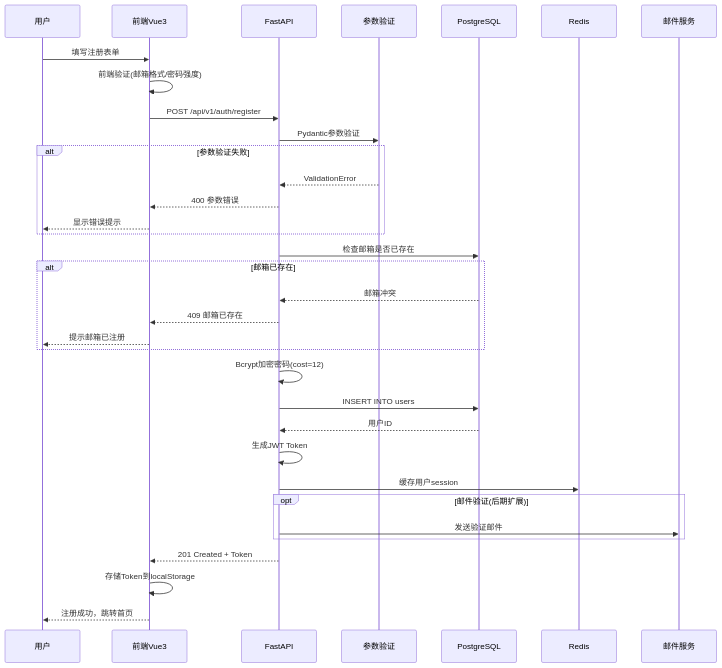
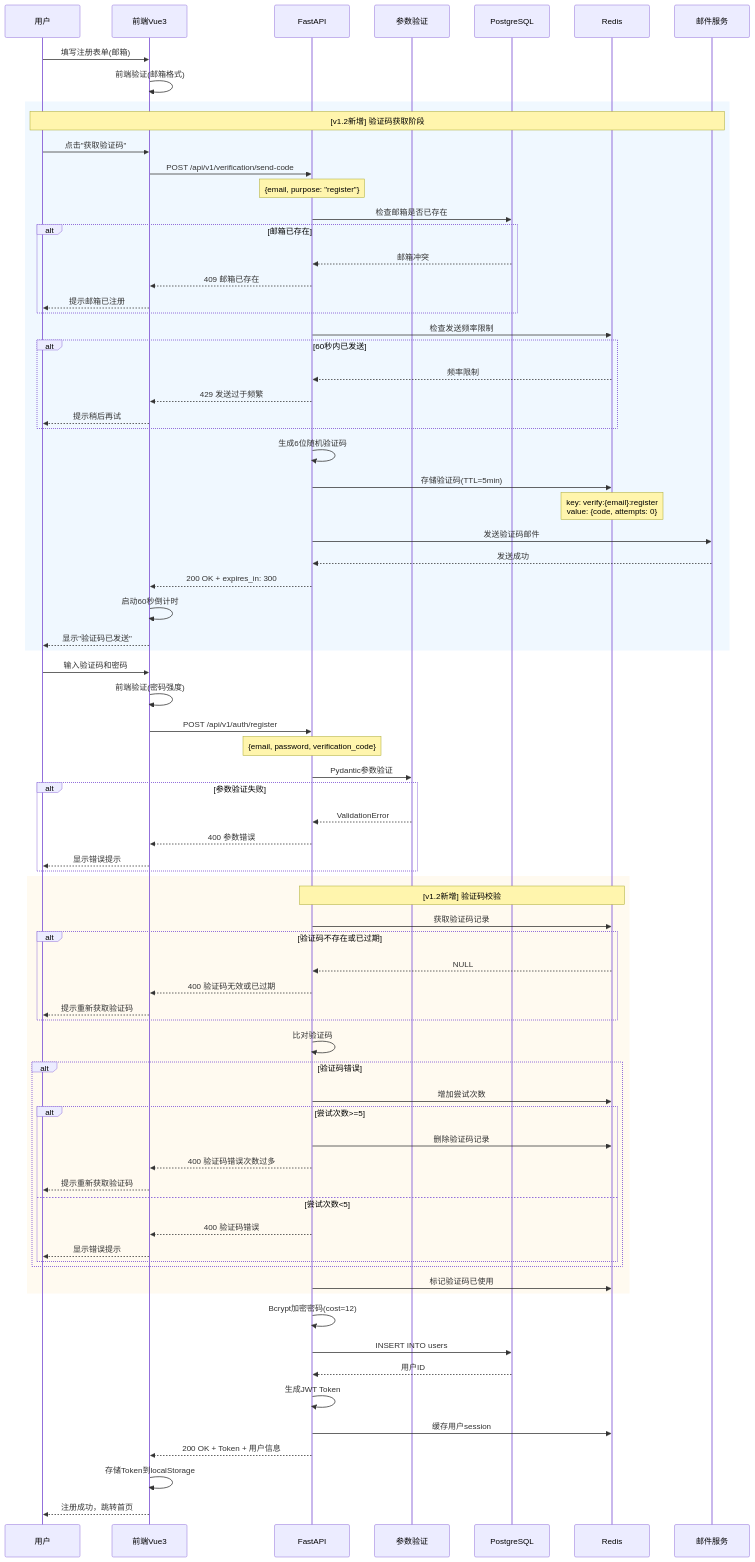
Before and after one commit to zyc6665/cnpharm-aidd: the first of 13 diagrams in docs/design/04-详细设计说明书.md, drawn with Mermaid. The commit also changed other lines of this file and 288 other files, not shown here.

````diff
--- a/docs/design/04-详细设计说明书.md
+++ b/docs/design/04-详细设计说明书.md
@@ -76,23 +82,75 @@
     participant R as Redis
     participant E as 邮件服务
 
-    U->>F: 填写注册表单
-    F->>F: 前端验证(邮箱格式/密码强度)
+    U->>F: 填写注册表单(邮箱)
+    F->>F: 前端验证(邮箱格式)
+
+    rect rgb(240, 248, 255)
+        Note over U,E: [v1.2新增] 验证码获取阶段
+        U->>F: 点击"获取验证码"
+        F->>A: POST /api/v1/verification/send-code
+        Note over A: {email, purpose: "register"}
+
+        A->>D: 检查邮箱是否已存在
+        alt 邮箱已存在
+            D-->>A: 邮箱冲突
+            A-->>F: 409 邮箱已存在
+            F-->>U: 提示邮箱已注册
+        end
+
+        A->>R: 检查发送频率限制
+        alt 60秒内已发送
+            R-->>A: 频率限制
+            A-->>F: 429 发送过于频繁
+            F-->>U: 提示稍后再试
+        end
+
+        A->>A: 生成6位随机验证码
+        A->>R: 存储验证码(TTL=5min)
+        Note over R: key: verify:{email}:register<br/>value: {code, attempts: 0}
+
+        A->>E: 发送验证码邮件
+        E-->>A: 发送成功
+        A-->>F: 200 OK + expires_in: 300
+        F->>F: 启动60秒倒计时
+        F-->>U: 显示"验证码已发送"
+    end
+
+    U->>F: 输入验证码和密码
+    F->>F: 前端验证(密码强度)
     F->>A: POST /api/v1/auth/register
+    Note over A: {email, password, verification_code}
+
     A->>V: Pydantic参数验证
-
     alt 参数验证失败
         V-->>A: ValidationError
         A-->>F: 400 参数错误
         F-->>U: 显示错误提示
     end
 
-    A->>D: 检查邮箱是否已存在
+    rect rgb(255, 250, 240)
+        Note over A,R: [v1.2新增] 验证码校验
+        A->>R: 获取验证码记录
+        alt 验证码不存在或已过期
+            R-->>A: NULL
+            A-->>F: 400 验证码无效或已过期
+            F-->>U: 提示重新获取验证码
+        end
 
-    alt 邮箱已存在
-        D-->>A: 邮箱冲突
-        A-->>F: 409 邮箱已存在
-        F-->>U: 提示邮箱已注册
+        A->>A: 比对验证码
+        alt 验证码错误
+            A->>R: 增加尝试次数
+            alt 尝试次数>=5
+                A->>R: 删除验证码记录
+                A-->>F: 400 验证码错误次数过多
+                F-->>U: 提示重新获取验证码
+            else 尝试次数<5
+                A-->>F: 400 验证码错误
+                F-->>U: 显示错误提示
+            end
+        end
+
+        A->>R: 标记验证码已使用
     end
 
     A->>A: Bcrypt加密密码(cost=12)
@@ -102,11 +160,7 @@
     A->>A: 生成JWT Token
     A->>R: 缓存用户session
 
-    opt 邮件验证(后期扩展)
-        A->>E: 发送验证邮件
-    end
-
-    A-->>F: 201 Created + Token
+    A-->>F: 200 OK + Token + 用户信息
     F->>F: 存储Token到localStorage
     F-->>U: 注册成功，跳转首页
 ```
````
